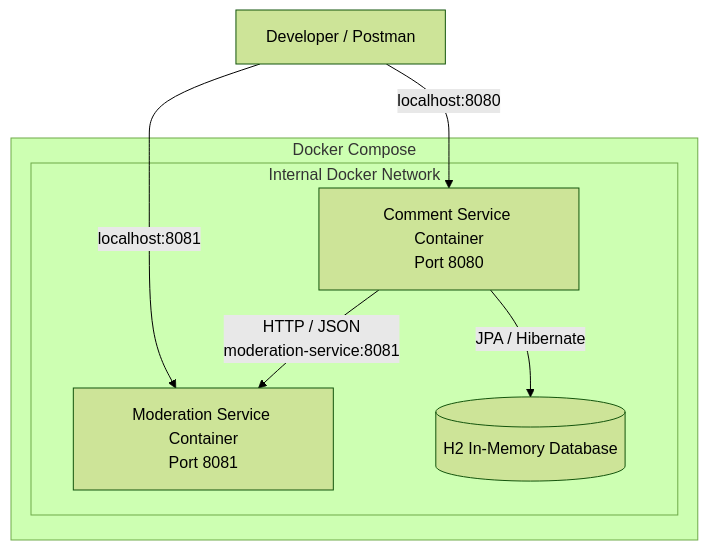
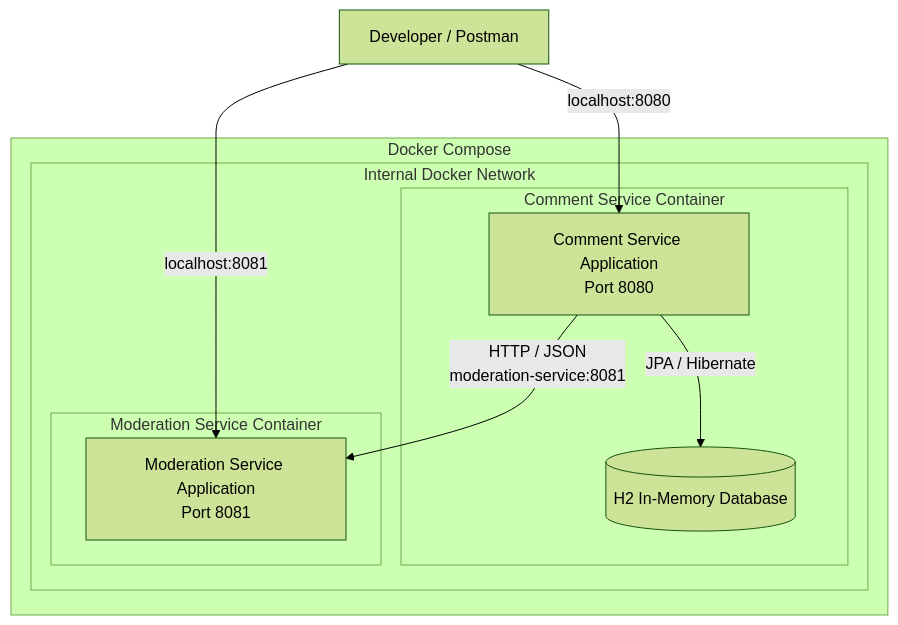
One commit to rochacamargovitor/comments-platform changed the second of 2 diagrams in docs/ARCHITECTURE.md. Above: the diagram before and after it, drawn with Mermaid (forest theme). The commit also changed other lines of this file and 1 other file, not shown here.

Commit message:
docs: finalize project and architecture documentation

````diff
--- a/docs/ARCHITECTURE.md
+++ b/docs/ARCHITECTURE.md
@@ -2297,18 +2372,23 @@
 ```mermaid
 flowchart TB
     CLIENT["Developer / Postman"]
 
     subgraph COMPOSE["Docker Compose"]
         subgraph NETWORK["Internal Docker Network"]
-            CS["Comment Service Container<br/>Port 8080"]
-            MS["Moderation Service Container<br/>Port 8081"]
-            DB[("H2 In-Memory Database")]
-            
+            subgraph COMMENT["Comment Service Container"]
+                CS["Comment Service Application<br/>Port 8080"]
+                DB[("H2 In-Memory Database")]
+                CS -->|"JPA / Hibernate"| DB
+            end
+
+            subgraph MODERATION["Moderation Service Container"]
+                MS["Moderation Service Application<br/>Port 8081"]
+            end
+
             CS -->|"HTTP / JSON<br/>moderation-service:8081"| MS
-            CS -->|"JPA / Hibernate"| DB
         end
     end
 
     CLIENT -->|"localhost:8080"| CS
     CLIENT -->|"localhost:8081"| MS
 ```
````
